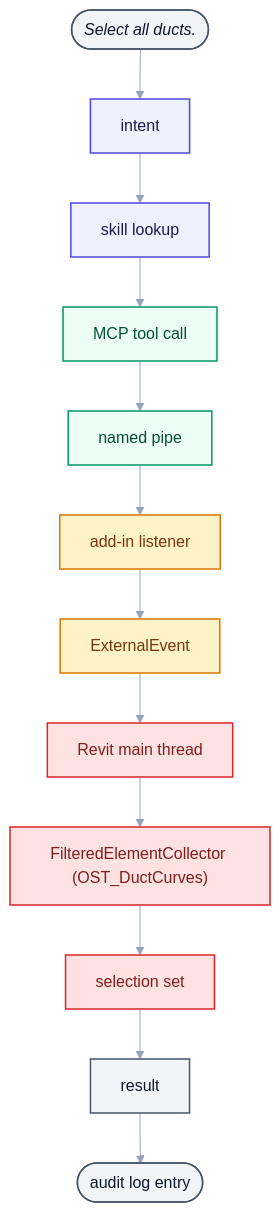
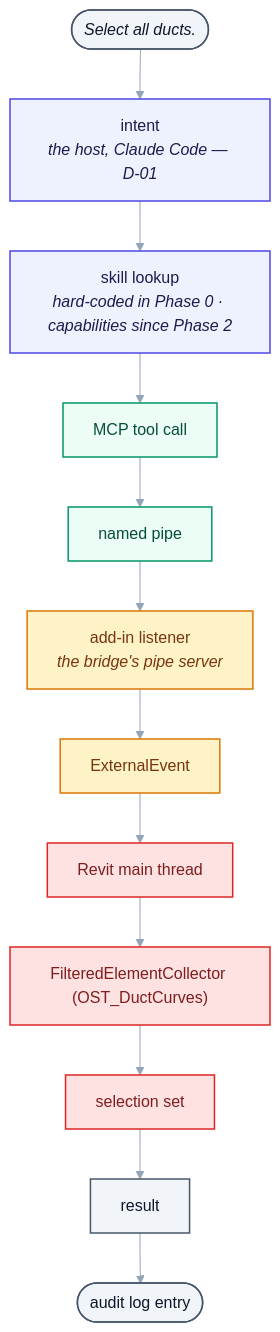
The second of 2 diagrams in docs/ROADMAP.md (Ajmalpshaik/Heron-AI), drawn with Mermaid before and after one commit. The commit also changed other lines of this file and 133 other files, not shown here.

````diff
--- a/docs/ROADMAP.md
+++ b/docs/ROADMAP.md
@@ -150,21 +154,21 @@
 ```mermaid
 %%{init: {"themeVariables": {"edgeLabelBackground":"#F1F5F9","lineColor":"#94A3B8","textColor":"#0F172A","tertiaryTextColor":"#0F172A"}}}%%
 flowchart TD
-    A(["<i>Select all ducts.</i>"]) --> B["intent"] --> C["skill lookup"]
-    C --> D["MCP tool call"] --> E["named pipe"] --> F["add-in listener"]
+    A(["<i>Select all ducts.</i>"]) --> B["intent<br/><i>the host, Claude Code — D-01</i>"] --> C["skill lookup<br/><i>hard-coded in Phase 0 · capabilities since Phase 2</i>"]
+    C --> D["MCP tool call"] --> E["named pipe"] --> F["add-in listener<br/><i>the bridge's pipe server</i>"]
     F --> G["ExternalEvent"] --> H["Revit main thread"]
     H --> I["FilteredElementCollector (OST_DuctCurves)"] --> J["selection set"]
     J --> K["result"] --> L(["audit log entry"])
 
     classDef user fill:#F1F5F9,stroke:#475569,stroke-width:1.5px,color:#0F172A
     classDef host fill:#EEF2FF,stroke:#4F46E5,stroke-width:1.5px,color:#1E1B4B
     classDef brain fill:#ECFDF5,stroke:#059669,stroke-width:1.5px,color:#064E3B
     classDef addin fill:#FEF3C7,stroke:#D97706,stroke-width:1.5px,color:#78350F
     classDef revit fill:#FEE2E2,stroke:#DC2626,stroke-width:1.5px,color:#7F1D1D
     class A user
     class B,C host
     class D,E brain
     class F,G addin
     class H,I,J revit
     class K,L user
 ```
````
